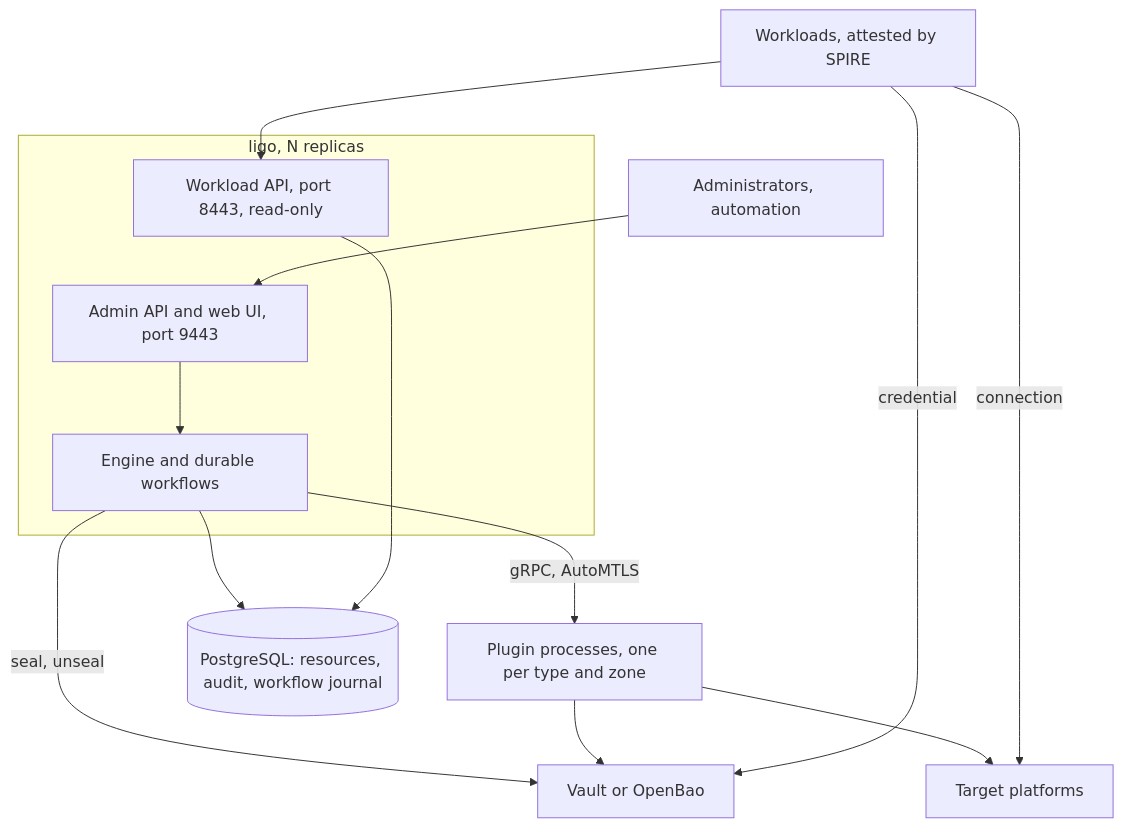
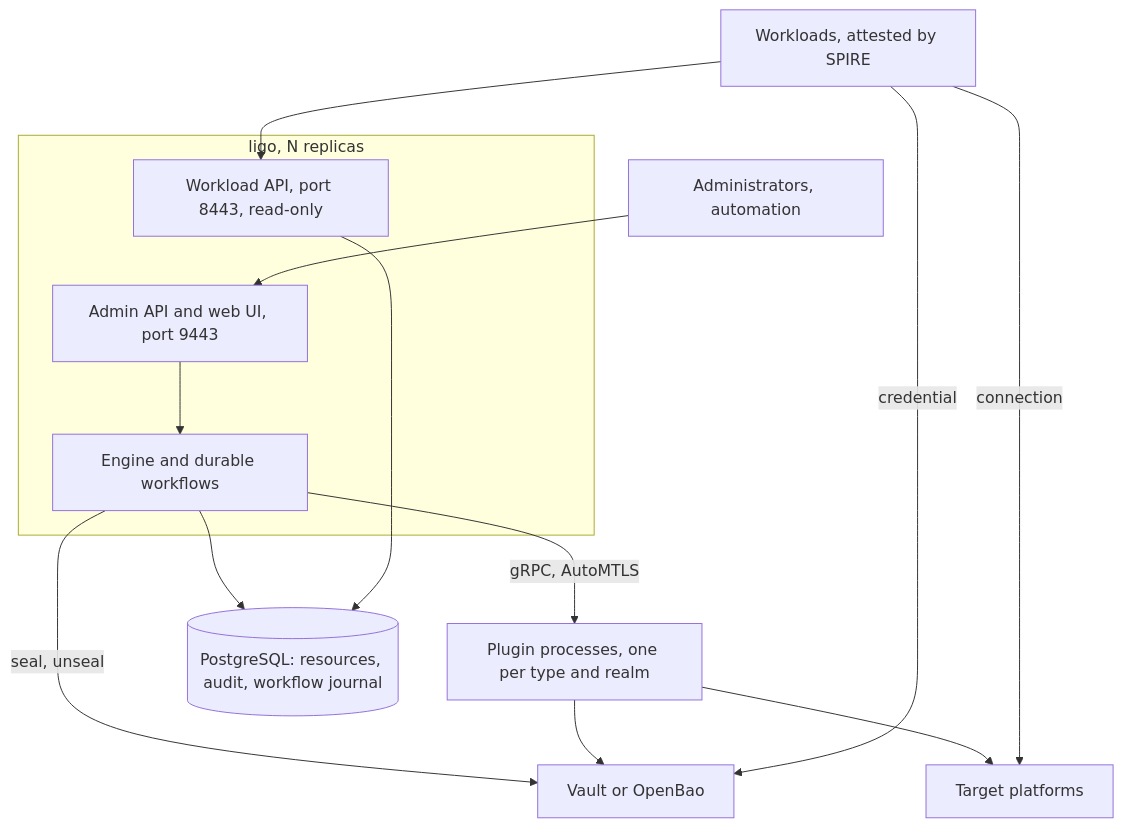
One commit to dihedron/ligo changed the diagram in docs/common/diagrams/overview.md. Above: the diagram before and after it, drawn with Mermaid. The commit also changed 96 other files, not shown here.

First line of the commit message:
Rename zone to realm

````diff
--- a/docs/common/diagrams/overview.md
+++ b/docs/common/diagrams/overview.md
@@ -3,26 +3,26 @@
 ```mermaid
 flowchart TB
   W["Workloads, attested by SPIRE"]
   A["Administrators, automation"]
   subgraph L["ligo, N replicas"]
     WA["Workload API, port 8443, read-only"]
     AA["Admin API and web UI, port 9443"]
     E["Engine and durable workflows"]
     WA ~~~ AA
     AA --> E
   end
-  P["Plugin processes, one per type and zone"]
+  P["Plugin processes, one per type and realm"]
   DB[("PostgreSQL: resources, audit, workflow journal")]
   V["Vault or OpenBao"]
   T["Target platforms"]
   W --> WA
   A --> AA
   E --> DB
   WA --> DB
   E -->|"seal, unseal"| V
   E -->|"gRPC, AutoMTLS"| P
   P --> T
   P --> V
   W -->|"credential"| V
   W -->|"connection"| T
 ```
````
